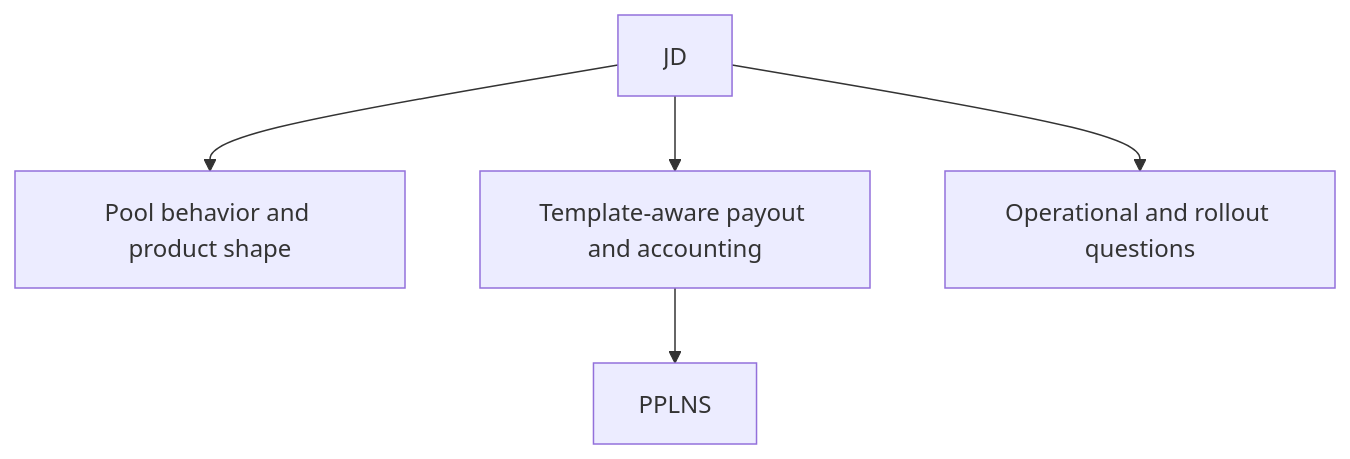
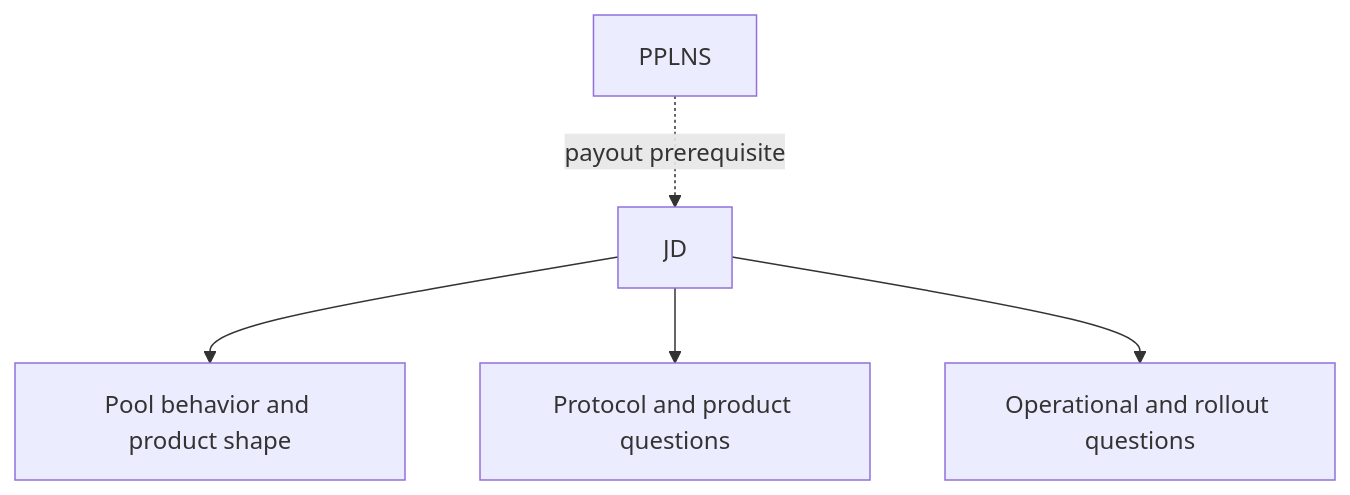
One commit to plebhash/obsidian changed the diagram in 15 Projects/JD.md. Above: the diagram before and after it, drawn with Mermaid. The commit also changed other lines of this file and 6 other files, not shown here.

````diff
--- a/15 Projects/JD.md
+++ b/15 Projects/JD.md
@@ -56,7 +62,7 @@
 ```mermaid
 flowchart TD
     A["JD"] --> B["Pool behavior and product shape"]
-    A --> C["Template-aware payout and accounting"]
-    C --> D["PPLNS"]
+    A --> C["Protocol and product questions"]
     A --> E["Operational and rollout questions"]
+    D["PPLNS"] -. "payout prerequisite" .-> A
 ```
````
